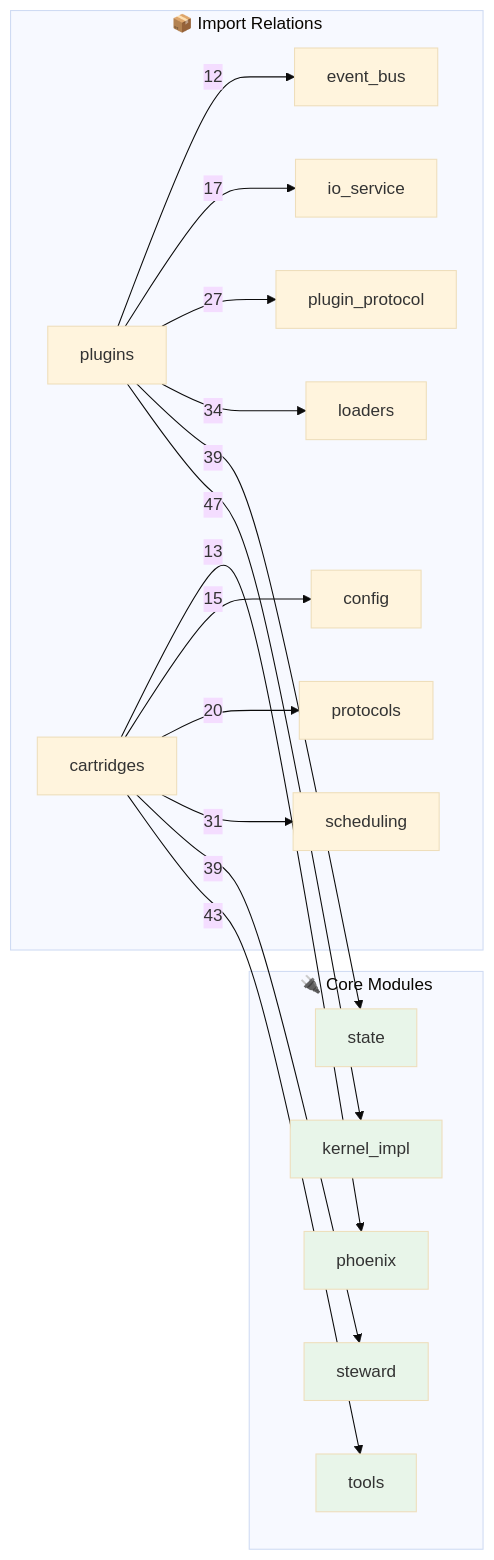
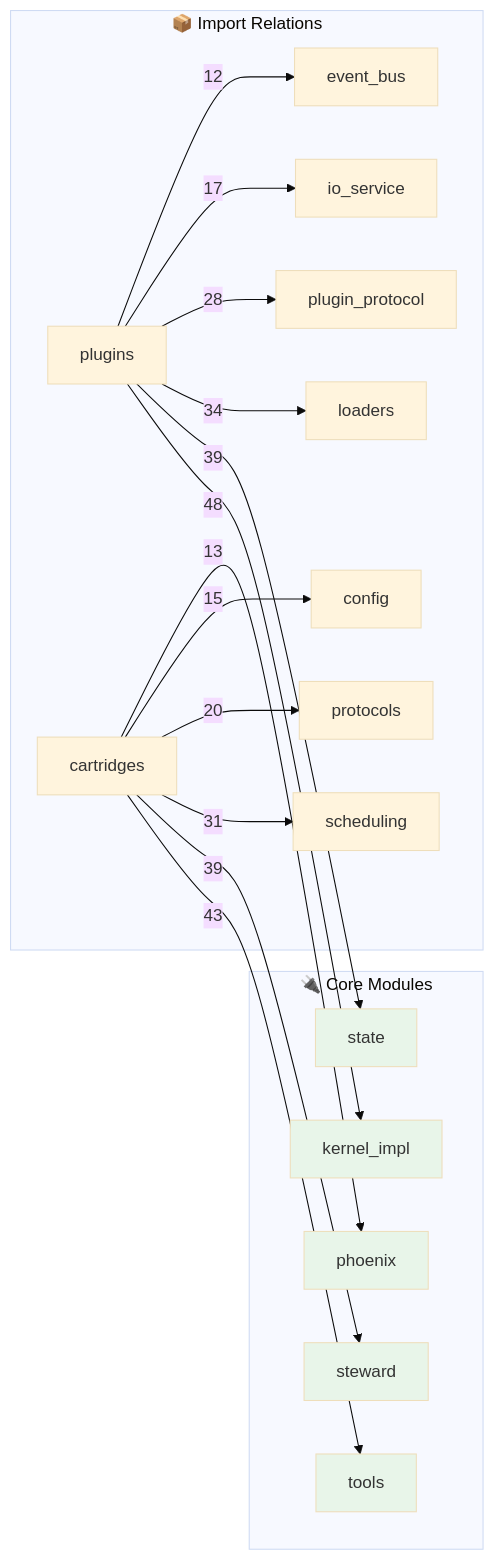
One commit to kimeisele/steward-protocol changed the second of 2 diagrams in OPUS.md. Above: the diagram before and after it, drawn with Mermaid (base theme). The commit also changed other lines of this file and 16 other files, not shown here.

````diff
--- a/OPUS.md
+++ b/OPUS.md
@@ -749,31 +751,31 @@
 ```mermaid
 flowchart LR
     subgraph Core["🔌 Core Modules"]
         kernel_impl[kernel_impl]
         steward[steward]
         tools[tools]
         state[state]
         phoenix[phoenix]
     end
 
     subgraph Edges["📦 Import Relations"]
-        plugins -->|47| kernel_impl
+        plugins -->|48| kernel_impl
         cartridges -->|43| tools
         cartridges -->|39| steward
         plugins -->|39| state
         plugins -->|34| loaders
         cartridges -->|31| scheduling
-        plugins -->|27| plugin_protocol
+        plugins -->|28| plugin_protocol
         cartridges -->|20| protocols
         plugins -->|17| io_service
         cartridges -->|15| config
         cartridges -->|13| phoenix
         plugins -->|12| event_bus
     end
 
     style kernel_impl fill:#e8f5e9
     style steward fill:#e8f5e9
     style tools fill:#e8f5e9
     style state fill:#e8f5e9
     style phoenix fill:#e8f5e9
 ```
````
